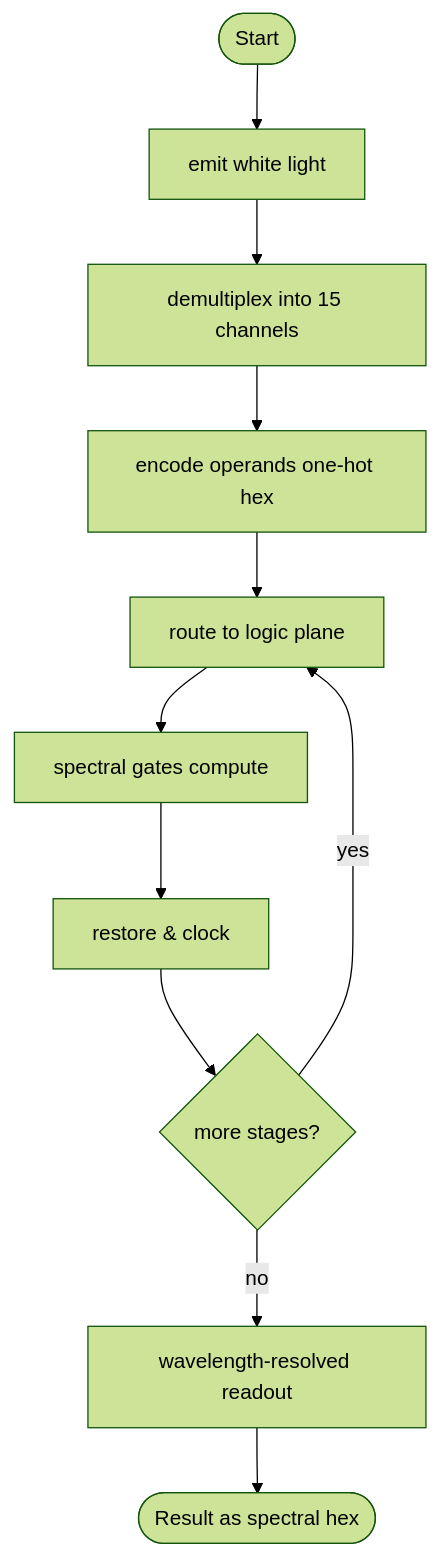
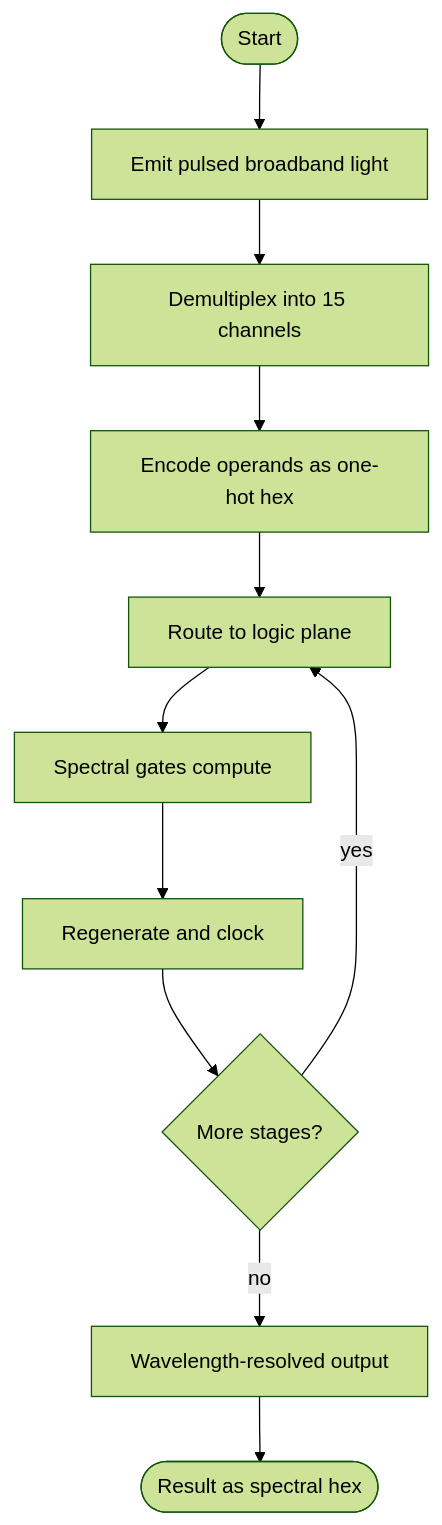
Before and after one commit to serpentchain/serpentchain.io.github.io: the fourth of 4 diagrams in pshc.md, drawn with Mermaid (forest theme). The commit also changed other lines of this file, not shown here.

````diff
--- a/pshc.md
+++ b/pshc.md
@@ -353,13 +458,13 @@
 ```mermaid
 flowchart TD
-    START([Start]) --> EMIT[emit white light]
-    EMIT --> DEMUX[demultiplex into 15 channels]
-    DEMUX --> ENC[encode operands one-hot hex]
-    ENC --> ROUTE[route to logic plane]
-    ROUTE --> GATE[spectral gates compute]
-    GATE --> REST[restore & clock]
-    REST --> MORE{more stages?}
+    START([Start]) --> EMIT[Emit pulsed broadband light]
+    EMIT --> DEMUX[Demultiplex into 15 channels]
+    DEMUX --> ENC[Encode operands as one-hot hex]
+    ENC --> ROUTE[Route to logic plane]
+    ROUTE --> GATE[Spectral gates compute]
+    GATE --> REST[Regenerate and clock]
+    REST --> MORE{More stages?}
     MORE -- yes --> ROUTE
-    MORE -- no --> READ[wavelength-resolved readout]
+    MORE -- no --> READ[Wavelength-resolved output]
     READ --> END([Result as spectral hex])
 ```
````
